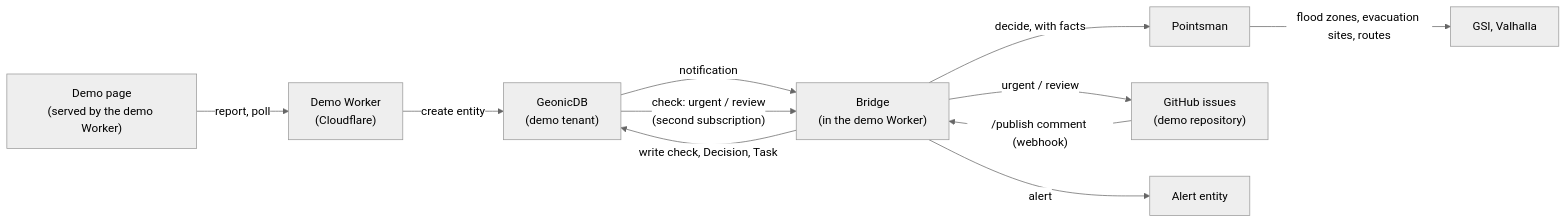
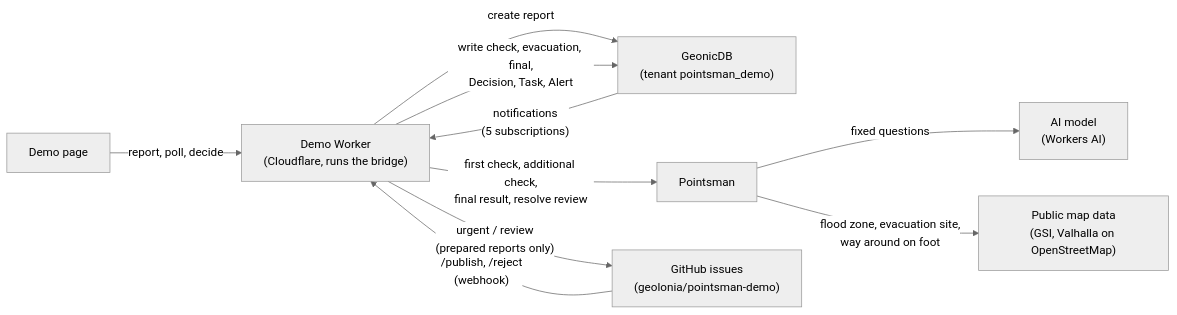
One commit to geolonia/pointsman changed the diagram in docs/fiware-demo.md. Above: the diagram before and after it, drawn with Mermaid (neutral theme). The commit also changed other lines of this file and 1 other file, not shown here.

First line of the commit message:
docs: one How-it-runs diagram for the demo, current facts (#116)

````diff
--- a/docs/fiware-demo.md
+++ b/docs/fiware-demo.md
@@ -178,13 +191,12 @@
 ```mermaid
 flowchart LR
-  Page["Demo page<br/>(served by the demo Worker)"] -->|report, poll| API["Demo Worker<br/>(Cloudflare)"]
-  API -->|create entity| Broker["GeonicDB<br/>(demo tenant)"]
-  Broker -->|notification| Bridge["Bridge<br/>(in the demo Worker)"]
-  Bridge -->|decide, with facts| PM["Pointsman"]
-  PM -->|flood zones, evacuation sites, routes| Geo["GSI, Valhalla"]
-  Bridge -->|write check, Decision, Task| Broker
-  Bridge -->|urgent / review| GH["GitHub issues<br/>(demo repository)"]
-  GH -->|"/publish comment (webhook)"| Bridge
-  Broker -->|"check: urgent / review<br/>(second subscription)"| Bridge
-  Bridge -->|alert| Alert["Alert entity"]
+  Page["Demo page"] -->|"report, poll, decide"| W["Demo Worker<br/>(Cloudflare, runs the bridge)"]
+  W -->|"create report"| B["GeonicDB<br/>(tenant pointsman_demo)"]
+  B -->|"notifications<br/>(5 subscriptions)"| W
+  W -->|"first check, additional check,<br/>final result, resolve review"| P["Pointsman"]
+  P -->|"fixed questions"| AI["AI model<br/>(Workers AI)"]
+  P -->|"flood zone, evacuation site,<br/>way around on foot"| Geo["Public map data<br/>(GSI, Valhalla on OpenStreetMap)"]
+  W -->|"write check, evacuation, final,<br/>Decision, Task, Alert"| B
+  W -->|"urgent / review<br/>(prepared reports only)"| G["GitHub issues<br/>(geolonia/pointsman-demo)"]
+  G -->|"/publish, /reject<br/>(webhook)"| W
 ```
````
